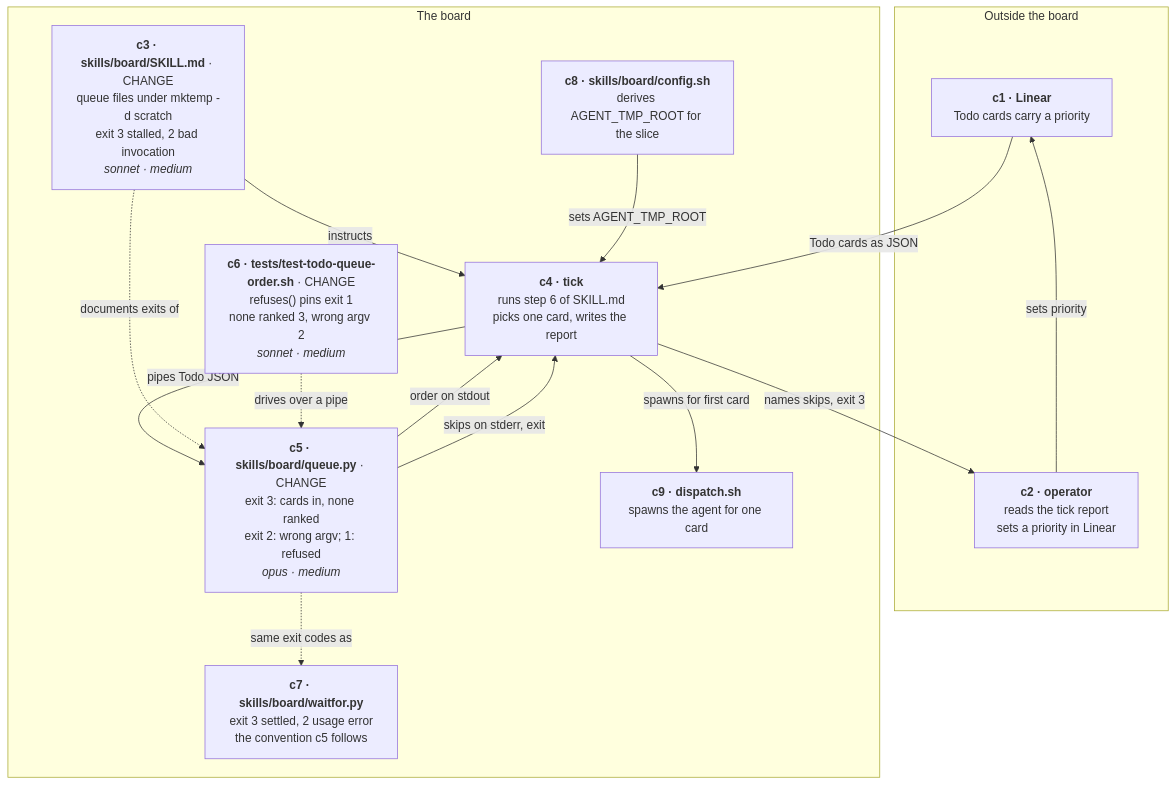
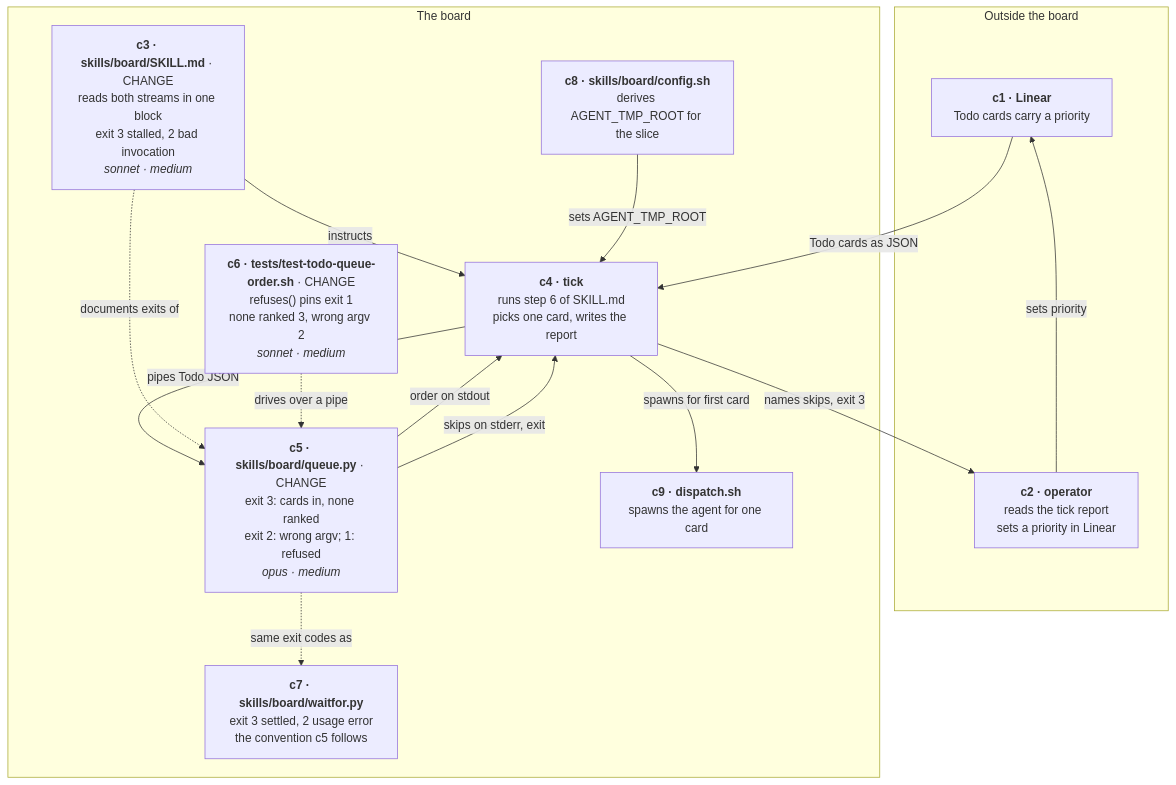
Before and after one commit to praveenVnktsh/foreman: the diagram in docs/plans/2026-09-10-queue-exit-codes-and-scratch.md, drawn with Mermaid. The commit also changed 1 other file, not shown here.

````diff
--- a/docs/plans/2026-09-10-queue-exit-codes-and-scratch.md
+++ b/docs/plans/2026-09-10-queue-exit-codes-and-scratch.md
@@ -1,28 +1,28 @@
 ```mermaid
 graph TD
   subgraph outside["Outside the board"]
     c1["<b>c1 · Linear</b><br/>Todo cards carry a priority"]
     c2["<b>c2 · operator</b><br/>reads the tick report<br/>sets a priority in Linear"]
   end
   subgraph board["The board"]
-    c3["<b>c3 · skills/board/SKILL.md</b> · CHANGE<br/>queue files under mktemp -d scratch<br/>exit 3 stalled, 2 bad invocation<br/><i>sonnet · medium</i>"]
+    c3["<b>c3 · skills/board/SKILL.md</b> · CHANGE<br/>reads both streams in one block<br/>exit 3 stalled, 2 bad invocation<br/><i>sonnet · medium</i>"]
     c4["<b>c4 · tick</b><br/>runs step 6 of SKILL.md<br/>picks one card, writes the report"]
     c5["<b>c5 · skills/board/queue.py</b> · CHANGE<br/>exit 3: cards in, none ranked<br/>exit 2: wrong argv; 1: refused<br/><i>opus · medium</i>"]
     c6["<b>c6 · tests/test-todo-queue-order.sh</b> · CHANGE<br/>refuses() pins exit 1<br/>none ranked 3, wrong argv 2<br/><i>sonnet · medium</i>"]
     c7["<b>c7 · skills/board/waitfor.py</b><br/>exit 3 settled, 2 usage error<br/>the convention c5 follows"]
     c8["<b>c8 · skills/board/config.sh</b><br/>derives AGENT_TMP_ROOT for the slice"]
     c9["<b>c9 · dispatch.sh</b><br/>spawns the agent for one card"]
   end
   c1 -->|"Todo cards as JSON"| c4
   c3 -->|"instructs"| c4
   c8 -->|"sets AGENT_TMP_ROOT"| c4
   c4 -->|"pipes Todo JSON"| c5
   c5 -->|"order on stdout"| c4
   c5 -->|"skips on stderr, exit"| c4
   c4 -->|"spawns for first card"| c9
   c4 -->|"names skips, exit 3"| c2
   c2 -->|"sets priority"| c1
   c3 -.->|"documents exits of"| c5
   c5 -.->|"same exit codes as"| c7
   c6 -.->|"drives over a pipe"| c5
 ```
````
